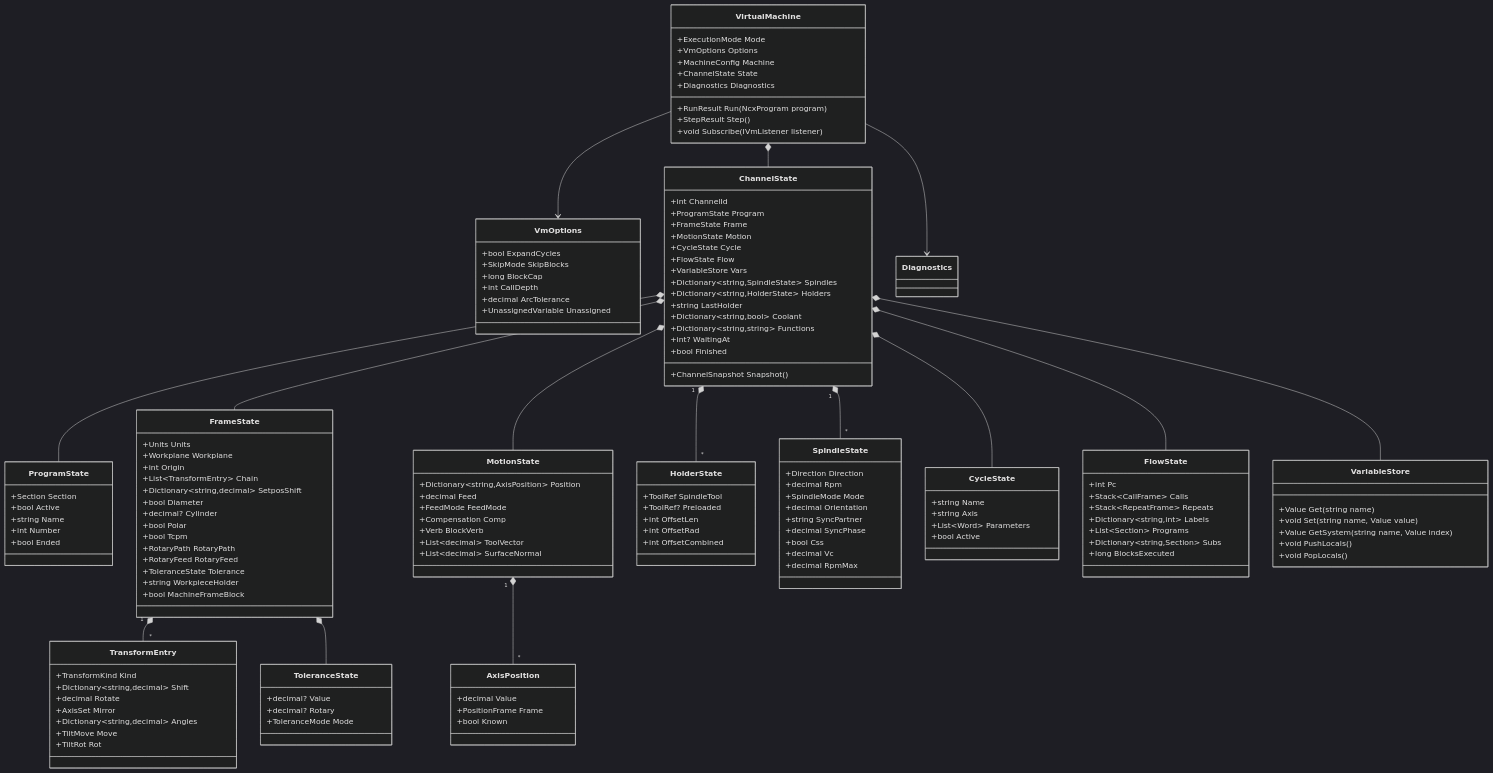
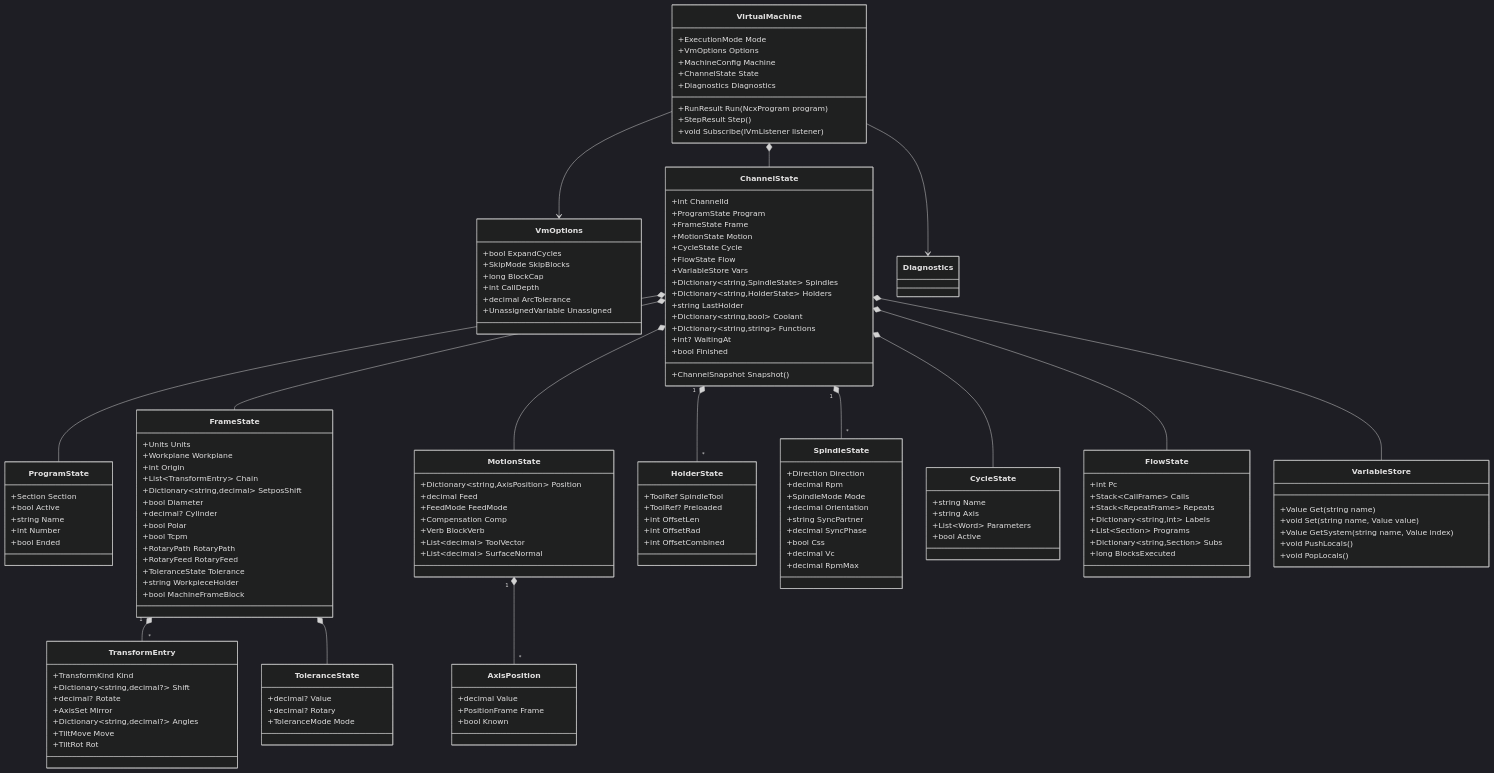
One commit to NC-PB/NCXchange_ changed the fifth of 16 diagrams in docs/architecture/architecture.md. Above: the diagram before and after it, drawn with Mermaid (dark theme). The commit also changed 16 other files, not shown here.

```diff
--- a/docs/architecture/architecture.md
+++ b/docs/architecture/architecture.md
@@ -346,10 +346,10 @@
     }
     class TransformEntry {
         +TransformKind Kind
-        +Dictionary~string,decimal~ Shift
-        +decimal Rotate
+        +Dictionary~string,decimal?~ Shift
+        +decimal? Rotate
         +AxisSet Mirror
-        +Dictionary~string,decimal~ Angles
+        +Dictionary~string,decimal?~ Angles
         +TiltMove Move
         +TiltRot Rot
     }
```
